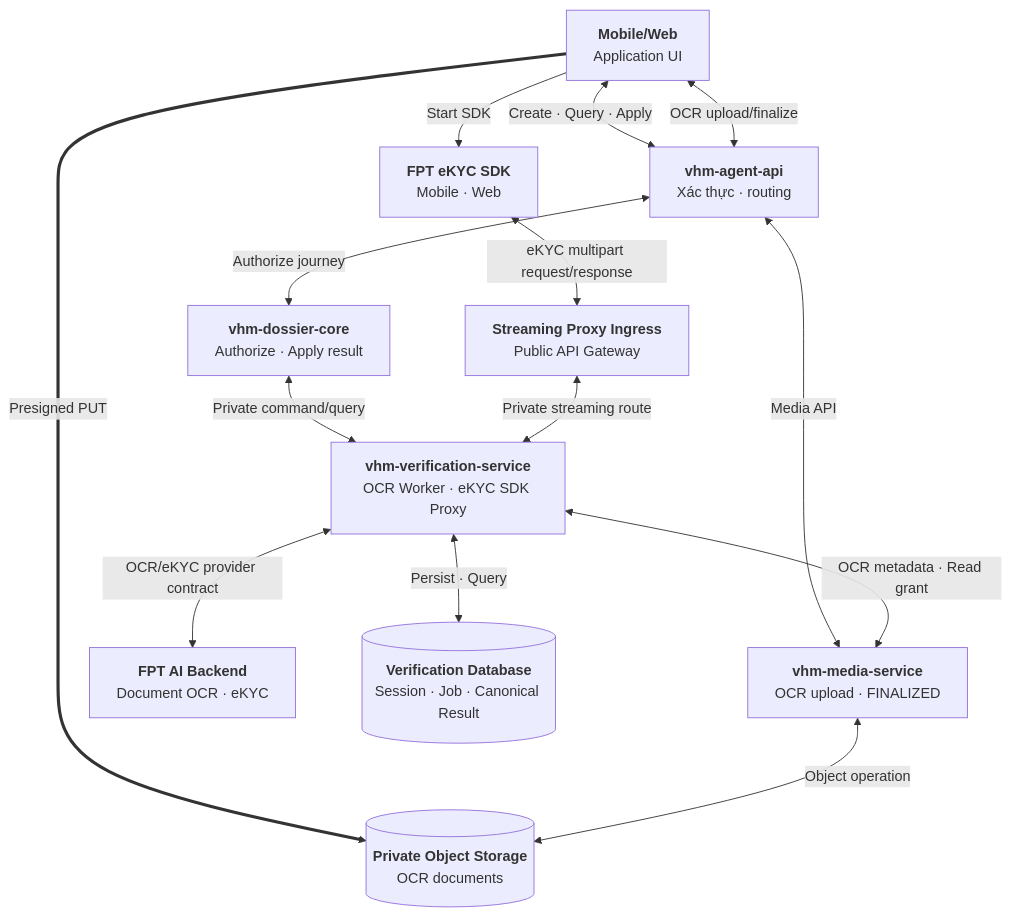
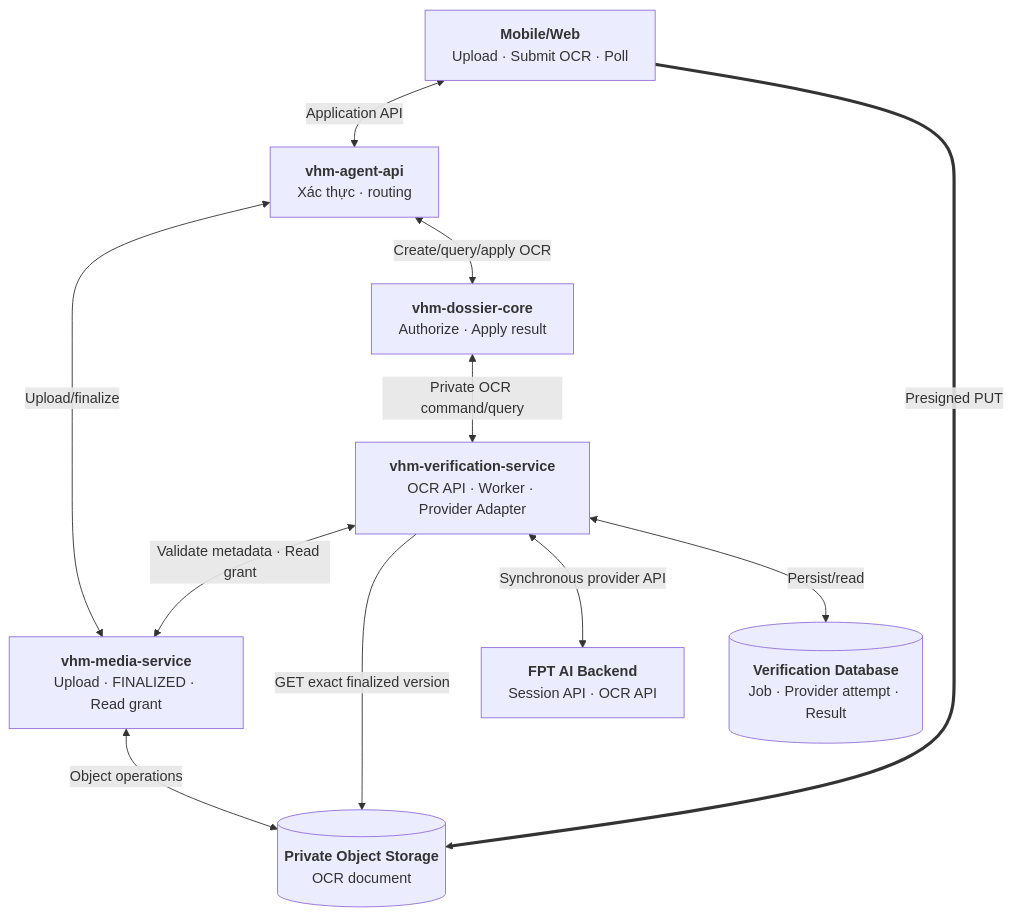
Before and after one commit to huynv-xyz/vhm: the first of 5 diagrams in noxh.md, drawn with Mermaid. The commit also changed other lines of this file, not shown here.

````diff
--- a/noxh.md
+++ b/noxh.md
@@ -80,40 +83,31 @@
 ```mermaid
 flowchart TB
     CLIENT["`**Mobile/Web**
-Application UI`"]
-    SDK["`**FPT eKYC SDK**
-Mobile · Web`"]
+Upload · Submit OCR · Poll`"]
     BFF["`**vhm-agent-api**
 Xác thực · routing`"]
     DOSSIER["`**vhm-dossier-core**
 Authorize · Apply result`"]
-    INGRESS["`**Streaming Proxy Ingress**
-Public API Gateway`"]
-    MEDIA_SERVICE["`**vhm-media-service**
-OCR upload · FINALIZED`"]
+    MEDIA_API["`**vhm-media-service**
+Upload · FINALIZED · Read grant`"]
     STORAGE[("`**Private Object Storage**
-OCR documents`")]
+OCR document`")]
     VERIFY["`**vhm-verification-service**
-OCR Worker · eKYC SDK Proxy`"]
+OCR API · Worker · Provider Adapter`"]
     FPT["`**FPT AI Backend**
-Document OCR · eKYC`"]
+Session API · OCR API`"]
     DB[("`**Verification Database**
-Session · Job · Canonical Result`")]
+Job · Provider attempt · Result`")]
 
-    CLIENT <-->|"Create · Query · Apply"| BFF
-    BFF <-->|"Authorize journey"| DOSSIER
-    DOSSIER <-->|"Private command/query"| VERIFY
+    CLIENT <-->|"Application API"| BFF
+    BFF <-->|"Upload/finalize"| MEDIA_API
+    CLIENT ==>|"Presigned PUT"| STORAGE
+    MEDIA_API <-->|"Object operations"| STORAGE
 
-    CLIENT <-->|"OCR upload/finalize"| BFF
-    BFF <-->|"Media API"| MEDIA_SERVICE
-    CLIENT ==>|"Presigned PUT"| STORAGE
-    MEDIA_SERVICE <-->|"Object operation"| STORAGE
-    VERIFY <-->|"OCR metadata · Read grant"| MEDIA_SERVICE
-
-    CLIENT -->|"Start SDK"| SDK
-    SDK <-->|"eKYC multipart request/response"| INGRESS
-    INGRESS <-->|"Private streaming route"| VERIFY
-
-    VERIFY <-->|"OCR/eKYC provider contract"| FPT
-    VERIFY <-->|"Persist · Query"| DB
+    BFF <-->|"Create/query/apply OCR"| DOSSIER
+    DOSSIER <-->|"Private OCR command/query"| VERIFY
+    VERIFY <-->|"Validate metadata · Read grant"| MEDIA_API
+    VERIFY -->|"GET exact finalized version"| STORAGE
+    VERIFY <-->|"Synchronous provider API"| FPT
+    VERIFY <-->|"Persist/read"| DB
 ```
````
